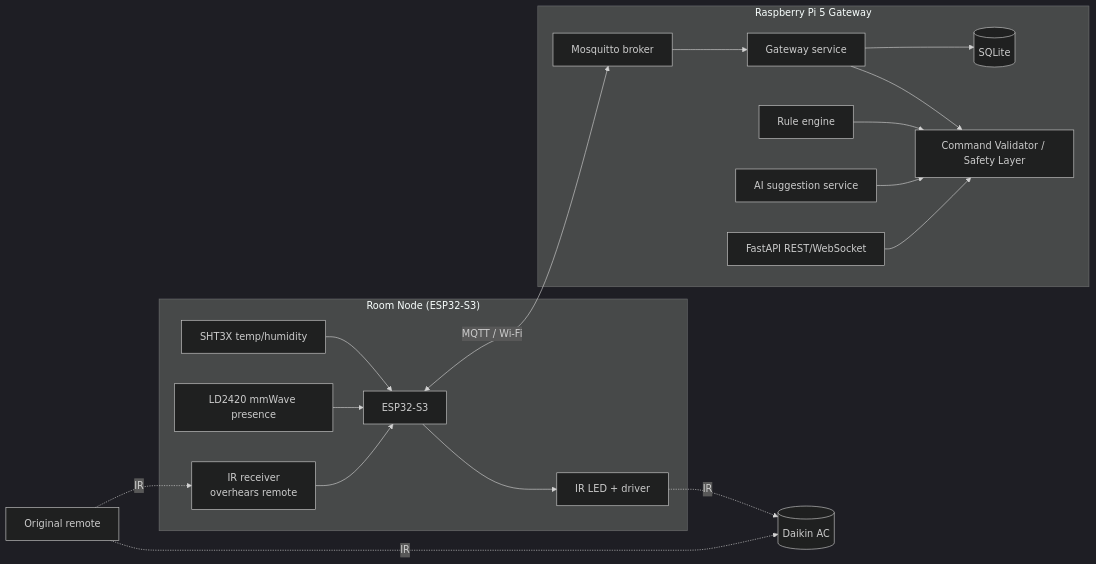
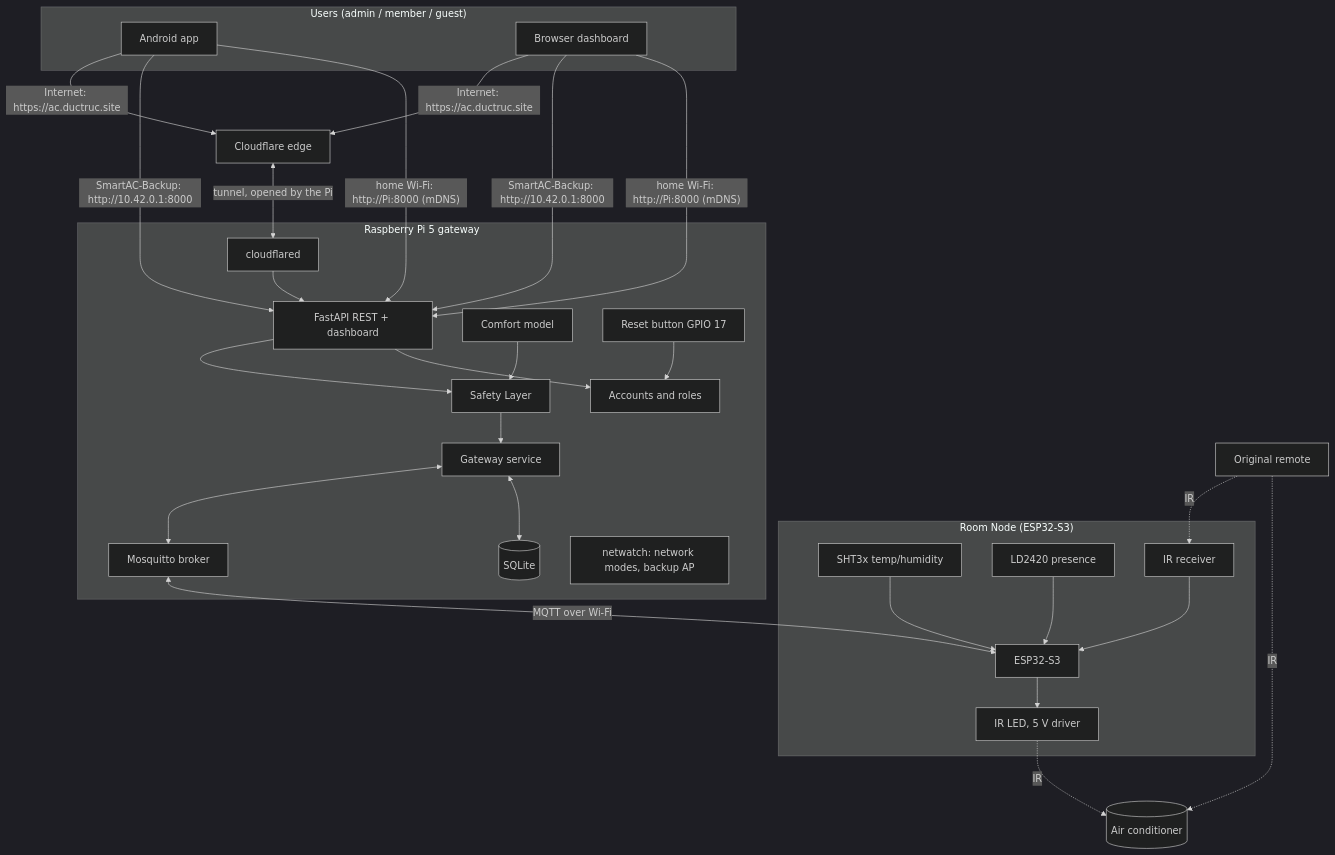
Before and after one commit to nguyenductruc-04/pbl5-smart-ac: the diagram in docs/ARCHITECTURE.md, drawn with Mermaid (dark theme). The commit also changed other lines of this file and 37 other files, not shown here.

First line of the commit message:
feat(android): native app skeleton with discovery, accounts and room control (#18)

````diff
--- a/docs/ARCHITECTURE.md
+++ b/docs/ARCHITECTURE.md
@@ -3,21 +5,32 @@
 ```mermaid
-flowchart LR
+flowchart TB
+  subgraph Users["Users (admin / member / guest)"]
+    APP[Android app] 
+    WEB[Browser dashboard]
+  end
+  APP & WEB -->|"home Wi-Fi: http://Pi:8000 (mDNS)"| API
+  APP & WEB -->|"SmartAC-Backup: http://10.42.0.1:8000"| API
+  APP & WEB -->|"Internet: https://ac.ductruc.site"| CF[Cloudflare edge]
+  CF <-->|tunnel, opened by the Pi| CFD
+  subgraph Pi["Raspberry Pi 5 gateway"]
+    CFD[cloudflared] --> API[FastAPI REST + dashboard]
+    API --> ACC[Accounts and roles]
+    API --> V[Safety Layer]
+    ADV[Comfort model] --> V
+    V --> G[Gateway service]
+    G <--> DB[(SQLite)]
+    G <--> B[Mosquitto broker]
+    NW[netwatch: network modes, backup AP]
+    BTN[Reset button GPIO 17] --> ACC
+  end
   subgraph Room["Room Node (ESP32-S3)"]
-    S1[SHT3X temp/humidity] --> E[ESP32-S3]
-    S2[LD2420 mmWave presence] --> E
-    RX[IR receiver<br/>overhears remote] --> E
-    E --> TX[IR LED + driver]
+    S1[SHT3x temp/humidity] --> E[ESP32-S3]
+    S2[LD2420 presence] --> E
+    RX[IR receiver] --> E
+    E --> TX[IR LED, 5 V driver]
   end
-  TX -. IR .-> AC[(Daikin AC)]
+  B <-->|MQTT over Wi-Fi| E
+  TX -. IR .-> AC[(Air conditioner)]
   Remote[Original remote] -. IR .-> AC
   Remote -. IR .-> RX
-  E <-- "MQTT / Wi-Fi" --> B
-  subgraph Pi["Raspberry Pi 5 Gateway"]
-    B[Mosquitto broker] --> G[Gateway service]
-    G --> DB[(SQLite)]
-    G --> V[Command Validator / Safety Layer]
-    R[Rule engine] --> V
-    AI[AI suggestion service] --> V
-    API[FastAPI REST/WebSocket] --> V
-  end
 ```
````
